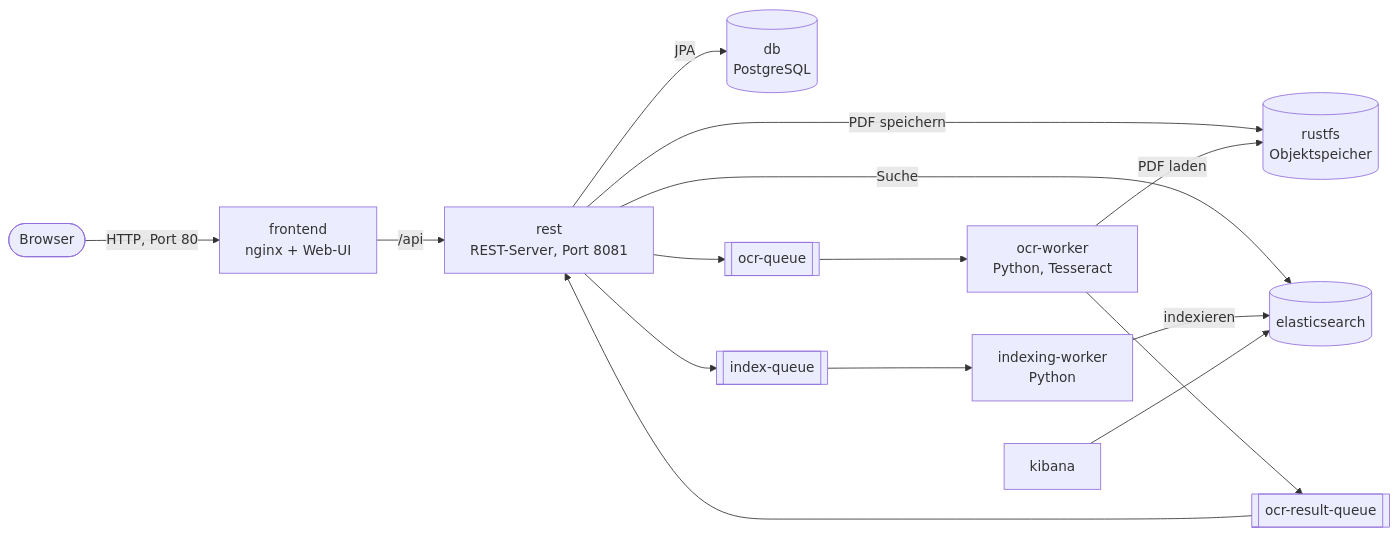
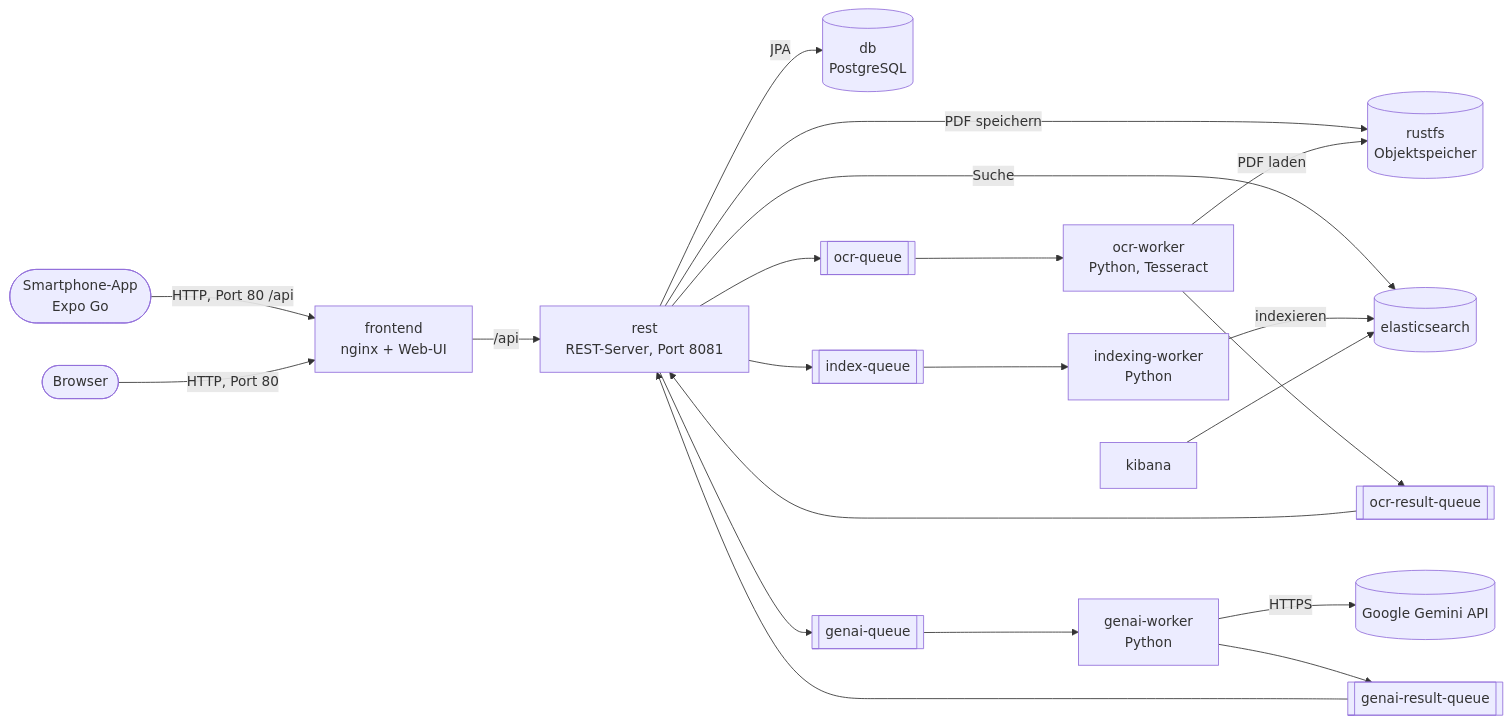
The diagram in README.md (PrawdaMax/DocumentManagementSystem), drawn with Mermaid before and after one commit. The commit also changed other lines of this file and 6 other files, not shown here.

````diff
--- a/README.md
+++ b/README.md
@@ -16,17 +19,23 @@
 ```mermaid
 flowchart LR
+    phone([Smartphone-App<br/>Expo Go]) -->|HTTP, Port 80 /api| frontend
     browser([Browser]) -->|HTTP, Port 80| frontend["frontend<br/>nginx + Web-UI"]
     frontend -->|/api| rest["rest<br/>REST-Server, Port 8081"]
     rest -->|JPA| db[("db<br/>PostgreSQL")]
     rest -->|PDF speichern| rustfs[("rustfs<br/>Objektspeicher")]
     rest -->|Suche| es[("elasticsearch")]
     rest --> ocrQueue[["ocr-queue"]]
     ocrQueue --> ocr["ocr-worker<br/>Python, Tesseract"]
     ocr -->|PDF laden| rustfs
     ocr --> resultQueue[["ocr-result-queue"]]
     resultQueue --> rest
     rest --> indexQueue[["index-queue"]]
     indexQueue --> indexing["indexing-worker<br/>Python"]
     indexing -->|indexieren| es
+    rest --> genaiQueue[["genai-queue"]]
+    genaiQueue --> genai["genai-worker<br/>Python"]
+    genai -->|HTTPS| gemini[("Google Gemini API")]
+    genai --> genaiResultQueue[["genai-result-queue"]]
+    genaiResultQueue --> rest
     kibana["kibana"] --> es
 ```
````
